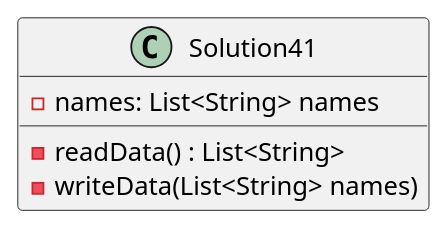
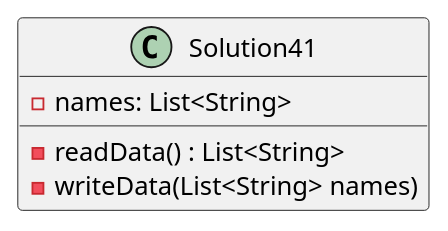
The diagram in exercise41/docs/Solution41UML.puml (breemars/marsiano-a04), drawn with PlantUML before and after one commit. The commit also changed 27 other files, not shown here.

```diff
--- a/exercise41/docs/Solution41UML.puml
+++ b/exercise41/docs/Solution41UML.puml
@@ -1,12 +1,12 @@
 @startuml
 
 class Solution41{
 'attributes
-    - names: List<String> names
+    - names: List<String>
 
 'methods
     -readData() : List<String>
     -writeData(List<String> names)
 }
 
 @enduml
```
